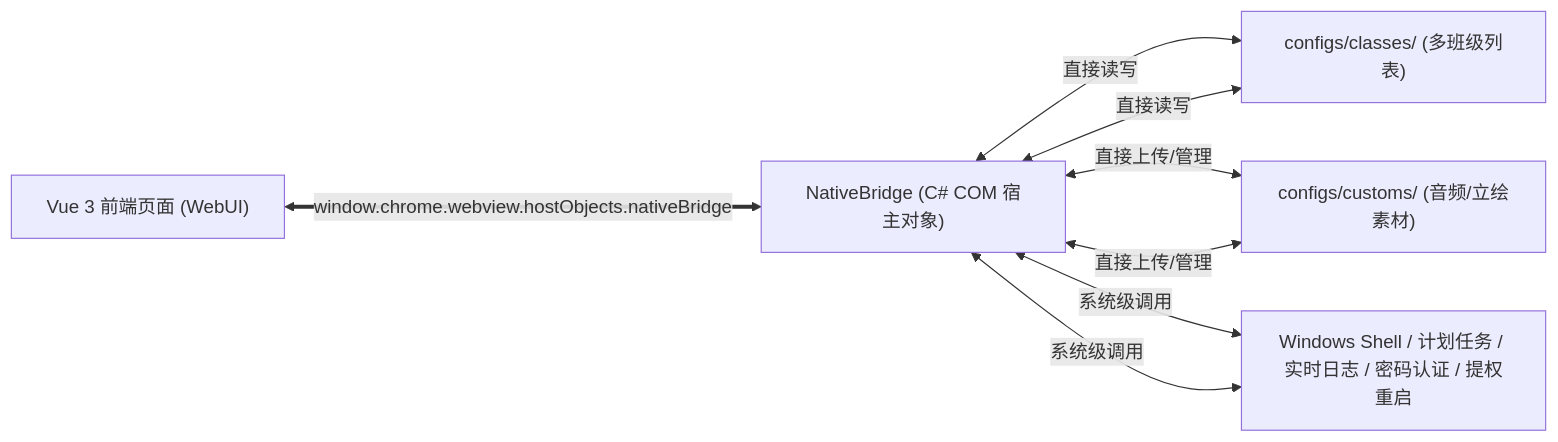
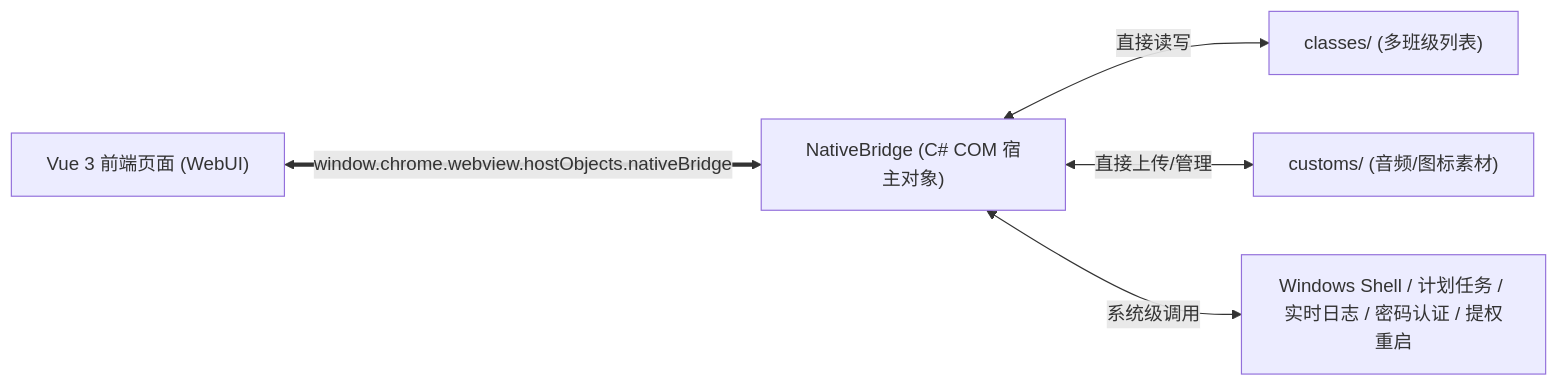
One commit to Yun-Hydrogen/blue-random changed the fourth of 4 diagrams in docs/ARCHITECTURE.md. Above: the diagram before and after it, drawn with Mermaid. The commit also changed other lines of this file and 34 other files, not shown here.

````diff
--- a/docs/ARCHITECTURE.md
+++ b/docs/ARCHITECTURE.md
@@ -265,10 +266,7 @@
 ```mermaid
 flowchart LR
     VueUI["Vue 3 前端页面 (WebUI)"] <==>|window.chrome.webview.hostObjects.nativeBridge| Bridge["NativeBridge (C# COM 宿主对象)"]
-    Bridge <-->|直接读写| ClassesDir["data/classes/ (多班级列表)"]
-    Bridge <-->|直接上传/管理| CustomsDir["data/resources/ (音频/立绘素材)"]
-    Bridge <-->|系统级调用| Shell["Windows Shell / 实时日志检索 / 密码验证 / 提权重启"]
-    Bridge <-->|直接读写| ClassesDir["configs/classes/ (多班级列表)"]
-    Bridge <-->|直接上传/管理| CustomsDir["configs/customs/ (音频/立绘素材)"]
+    Bridge <-->|直接读写| ClassesDir["classes/ (多班级列表)"]
+    Bridge <-->|直接上传/管理| CustomsDir["customs/ (音频/图标素材)"]
     Bridge <-->|系统级调用| Shell["Windows Shell / 计划任务 / 实时日志 / 密码认证 / 提权重启"]
 ```
````
